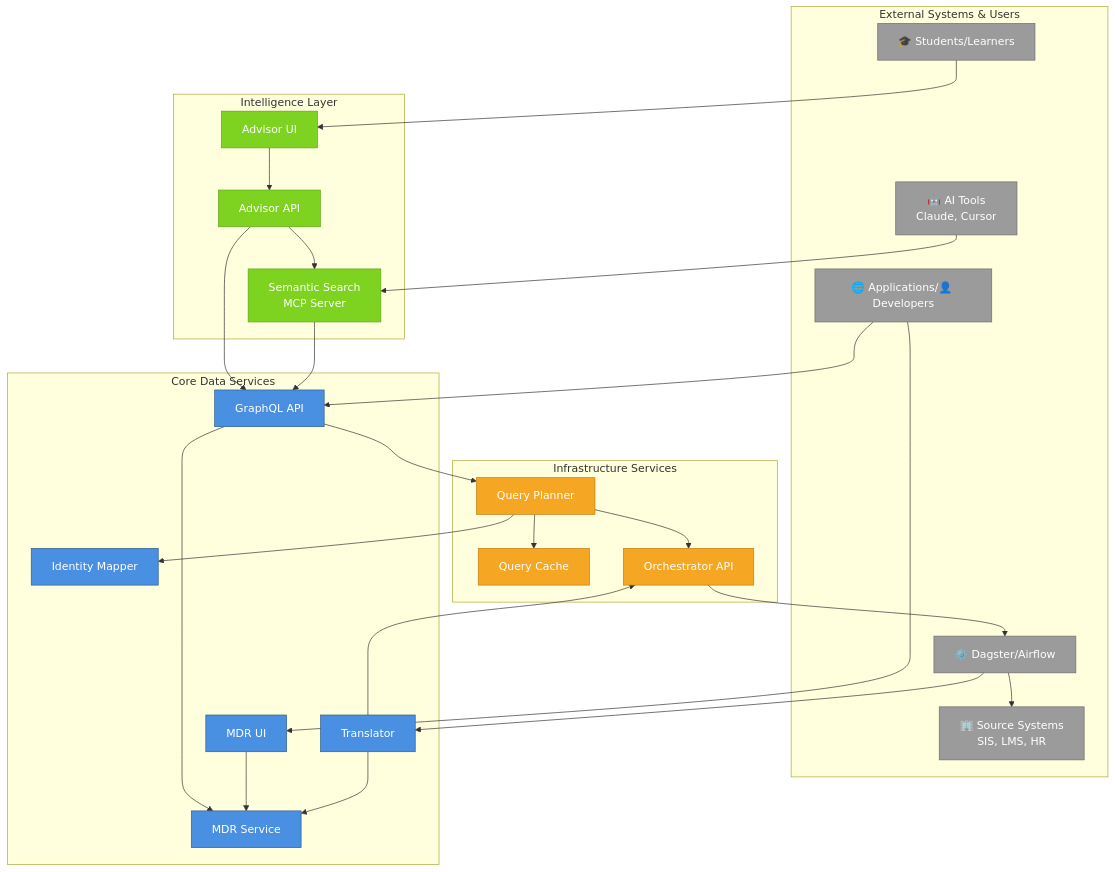
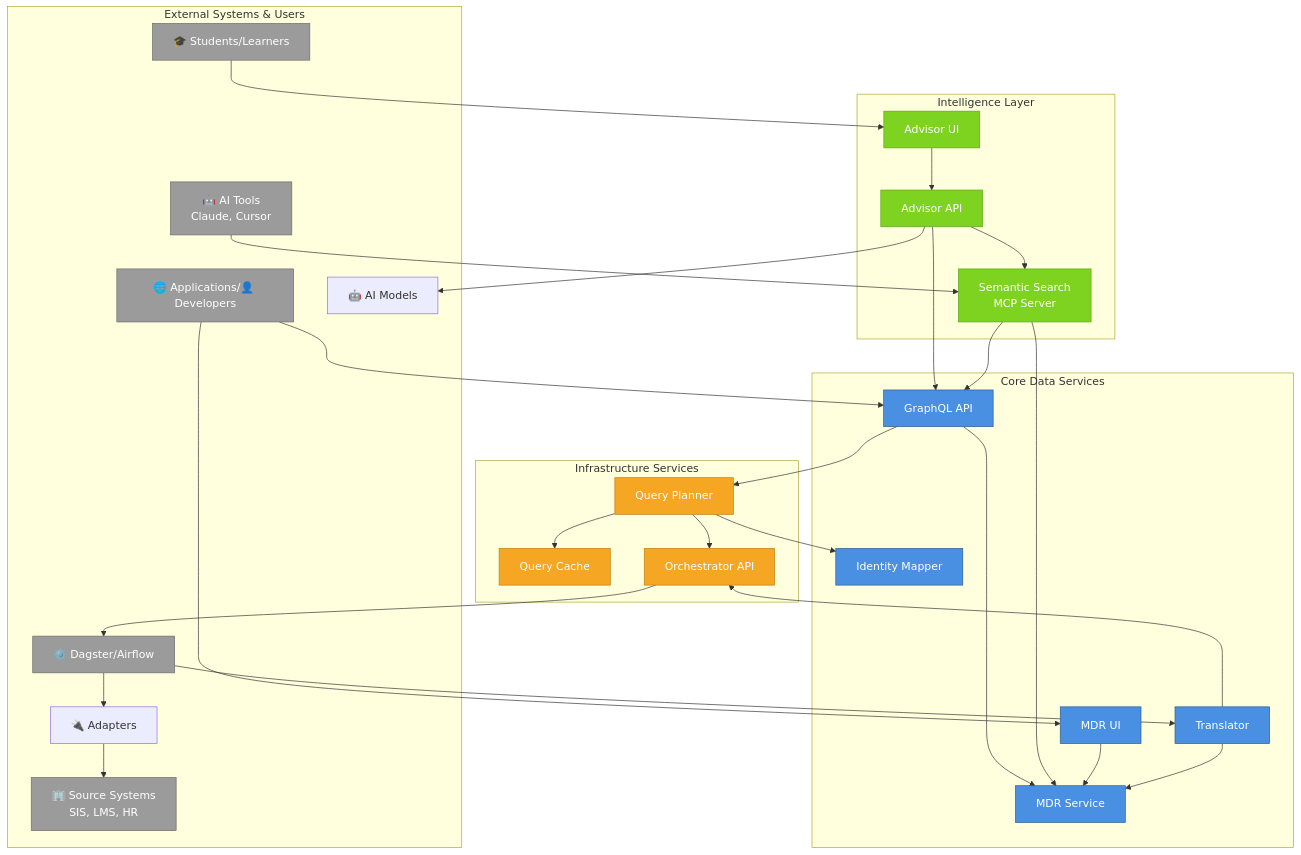
Before and after one commit to LIF-Initiative/lif-core: the first of 16 diagrams in docs/lif_services_overview.md, drawn with Mermaid.

Commit message:
docs: update first diagram

````diff
--- a/docs/lif_services_overview.md
+++ b/docs/lif_services_overview.md
@@ -11,63 +11,68 @@
 ```mermaid
 graph TB
     subgraph External["External Systems & Users"]
         Users[🌐 Applications/👤 Developers]
         Students[🎓 Students/Learners]
         Sources[🏢 Source Systems<br/>SIS, LMS, HR]
         Orchestrators[⚙️ Dagster/Airflow]
+        AIModels[🤖 AI Models]
         AITools[🤖 AI Tools<br/>Claude, Cursor]
+        Adapters[🔌 Adapters]
     end
     
     subgraph Core["Core Data Services"]
         GQL[GraphQL API]
         Trans[Translator]
         IDMap[Identity Mapper]
         MDR[MDR Service]
         MDRUI[MDR UI]
     end
     
     subgraph Intel["Intelligence Layer"]
         Advisor[Advisor API]
         AdvisorUI[Advisor UI]
         MCP[Semantic Search<br/>MCP Server]
     end
     
     subgraph Infra["Infrastructure Services"]
         Cache[Query Cache]
         Planner[Query Planner]
         Orch[Orchestrator API]
     end
     
     Users --> GQL
     Users --> MDRUI
     Students --> AdvisorUI
     AITools --> MCP
     
     GQL --> Planner
     GQL --> MDR
     AdvisorUI --> Advisor
     Advisor --> GQL
     Advisor --> MCP
+    Advisor --> AIModels
     MCP --> GQL
+    MCP --> MDR
     MDRUI --> MDR
     
     Planner --> Cache
     Planner --> IDMap
     Planner --> Orch
     
     Orch --> Orchestrators
     Orchestrators --> Trans
-    Orchestrators --> Sources
+    Orchestrators --> Adapters
+    Adapters --> Sources
     Trans --> MDR
     Trans --> Orch
     
     classDef coreStyle fill:#4A90E2,stroke:#2E5C8A,color:#fff
     classDef intelStyle fill:#7ED321,stroke:#5FA319,color:#fff
     classDef infraStyle fill:#F5A623,stroke:#C17D11,color:#fff
     classDef extStyle fill:#9B9B9B,stroke:#6B6B6B,color:#fff
     
     class GQL,Trans,IDMap,MDR,MDRUI coreStyle
     class Advisor,AdvisorUI,MCP intelStyle
     class Cache,Planner,Orch infraStyle
     class Users,Students,Sources,Orchestrators,AITools extStyle
 ```
````
